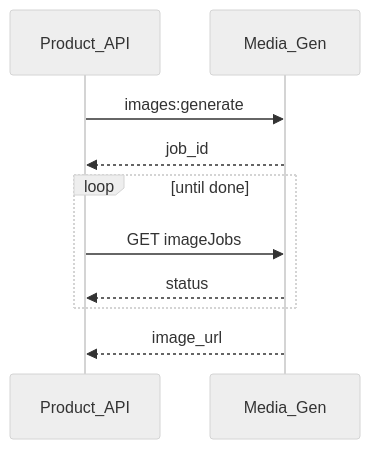
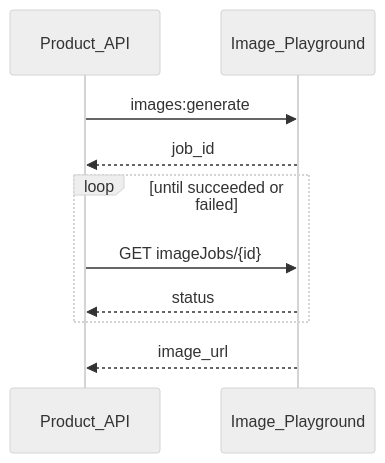
Before and after one commit to felixzhu97/explore-ml: diagram 20 of 23 in docs/Guideline.md, drawn with Mermaid (neutral theme). The commit also changed other lines of this file and 5 other files, not shown here.

````diff
--- a/docs/Guideline.md
+++ b/docs/Guideline.md
@@ -463,12 +471,12 @@
 ```mermaid
 sequenceDiagram
   participant API as Product_API
-  participant MG as Media_Gen
+  participant MG as Image_Playground
   API->>MG: images:generate
   MG-->>API: job_id
-  loop until done
-    API->>MG: GET imageJobs
+  loop until succeeded or failed
+    API->>MG: GET imageJobs/{id}
     MG-->>API: status
   end
   MG-->>API: image_url
 ```
````
